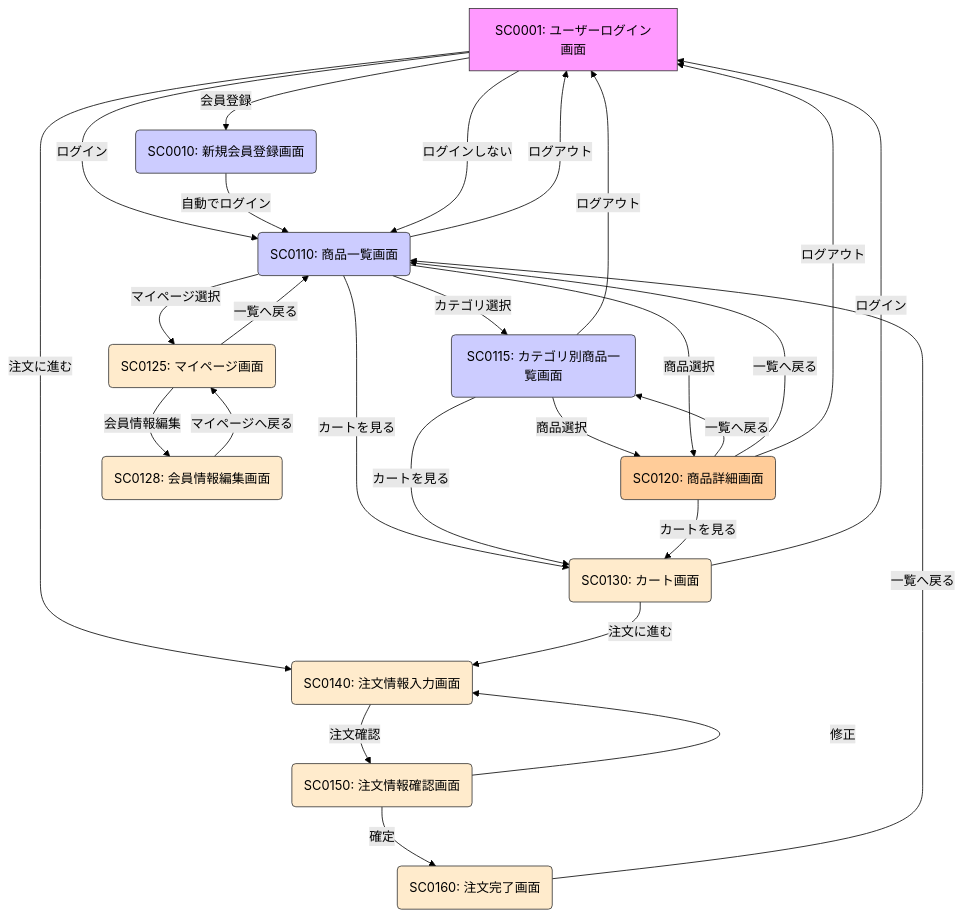
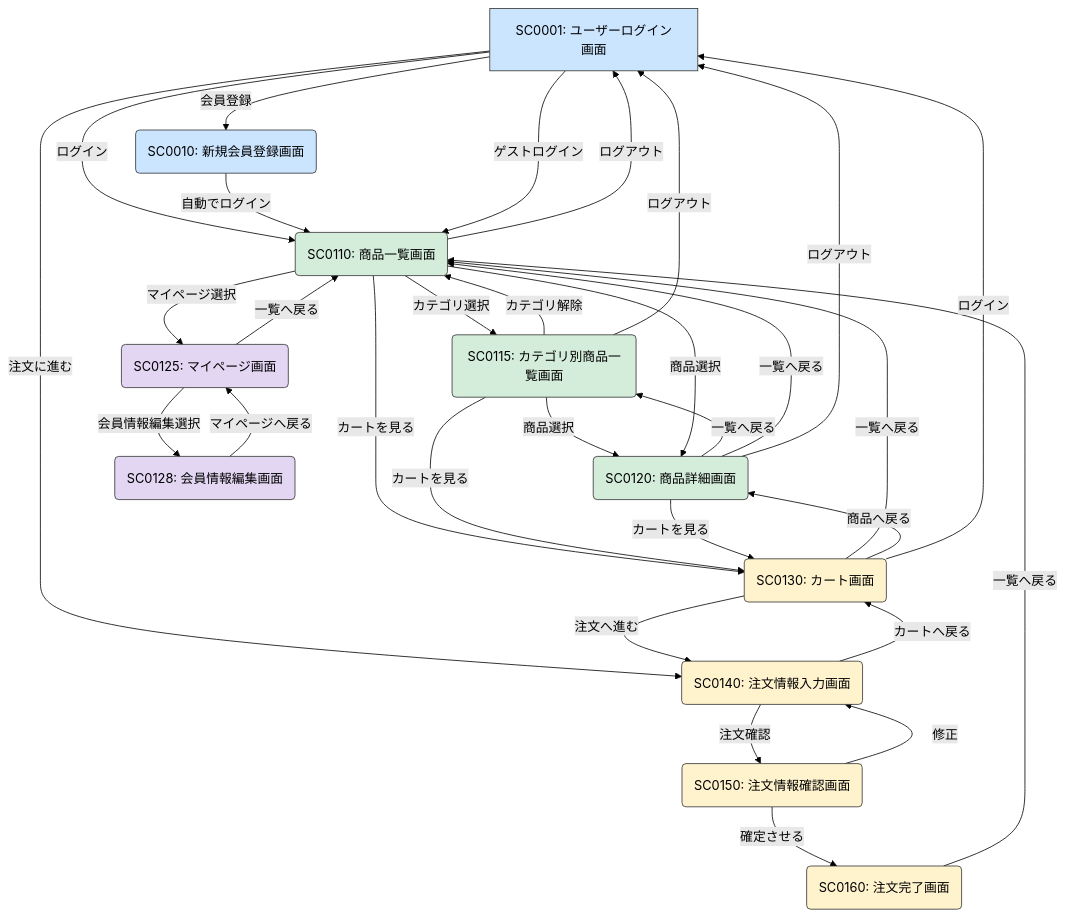
Before and after one commit to YUKlT0/Equipe: the first of 2 diagrams in 基本設計/C.md, drawn with Mermaid (forest theme). The commit also changed other lines of this file, not shown here.

```diff
--- a/基本設計/C.md
+++ b/基本設計/C.md
@@ -46,53 +46,57 @@
 <div class="mermaid">
 graph TD
     A[SC0001: ユーザーログイン画面] -- ログイン --> C(SC0110: 商品一覧画面);
 
     A -- 会員登録 --> B(SC0010: 新規会員登録画面);
 
     B -- 自動でログイン --> C;
 
-    A -- ログインしない --> C;
+    A -- ゲストログイン --> C;
 
     C -- カテゴリ選択 --> D(SC0115: カテゴリ別商品一覧画面);
+    D -- カテゴリ解除 --> C;
     D -- 商品選択 --> E(SC0120: 商品詳細画面);
     E -- 一覧へ戻る --> D;
 　
     C -- マイページ選択 --> V(SC0125: マイページ画面);
     V -- 一覧へ戻る --> C;
 
-    V -- 会員情報編集 --> W(SC0128: 会員情報編集画面);
+    V -- 会員情報編集選択 --> W(SC0128: 会員情報編集画面);
     W -- マイページへ戻る --> V;
 
     C -- 商品選択 --> E(SC0120: 商品詳細画面);
     E -- 一覧へ戻る --> C;
 
     C -- カートを見る --> F(SC0130: カート画面);
     D -- カートを見る --> F;
     E -- カートを見る --> F;
+    F -- 一覧へ戻る --> C;
+    F -- 商品へ戻る --> E;
     
     F -- ログイン --> A;
     A -- 注文に進む --> G;
 
-    F -- 注文に進む --> G(SC0140: 注文情報入力画面);
+    F -- 注文へ進む --> G(SC0140: 注文情報入力画面);
+    G -- カートへ戻る --> F;
     G -- 注文確認 --> H(SC0150: 注文情報確認画面);
     H -- 修正 --> G;
-    H -- 確定 --> I(SC0160: 注文完了画面);
+    H -- 確定させる --> I(SC0160: 注文完了画面);
     I -- 一覧へ戻る --> C;
 
     C -- ログアウト --> A;
     D -- ログアウト --> A;
     E -- ログアウト --> A; 
 
-    style A fill:#f9f,stroke:#333,stroke-width:1px
-    style B fill:#ccf,stroke:#333,stroke-width:1px
-    style C fill:#ccf,stroke:#333,stroke-width:1px
-    style D fill:#ccf,stroke:#333,stroke-width:1px
-    style E fill:#ffcc99,stroke:#333,stroke-width:1px,color:#000
-    style F fill:#ffebcc,stroke:#333,stroke-width:1px,color:#000
-    style G fill:#ffebcc,stroke:#333,stroke-width:1px,color:#000
-    style H fill:#ffebcc,stroke:#333,stroke-width:1px,color:#000
-    style I fill:#ffebcc,stroke:#333,stroke-width:1px,color:#000
-    style V fill:#ffebcc,stroke:#333,stroke-width:1px,color:#000
-    style W fill:#ffebcc,stroke:#333,stroke-width:1px,color:#000
+    style A fill:#cce5ff,stroke:#333,stroke-width:1px
+    style B fill:#cce5ff,stroke:#333,stroke-width:1px
+    style C fill:#d4edda,stroke:#333,stroke-width:1px
+    style D fill:#d4edda,stroke:#333,stroke-width:1px
+    style E fill:#d4edda,stroke:#333,stroke-width:1px,color:#000
+    style F fill:#fff3cd,stroke:#333,stroke-width:1px,color:#000
+    style G fill:#fff3cd,stroke:#333,stroke-width:1px,color:#000
+    style H fill:#fff3cd,stroke:#333,stroke-width:1px,color:#000
+    style I fill:#fff3cd,stroke:#333,stroke-width:1px,color:#000
+    style V fill:#e2d6f3,stroke:#333,stroke-width:1px,color:#000
+    style W fill:#e2d6f3,stroke:#333,stroke-width:1px,color:#000
 
 </div>
```
